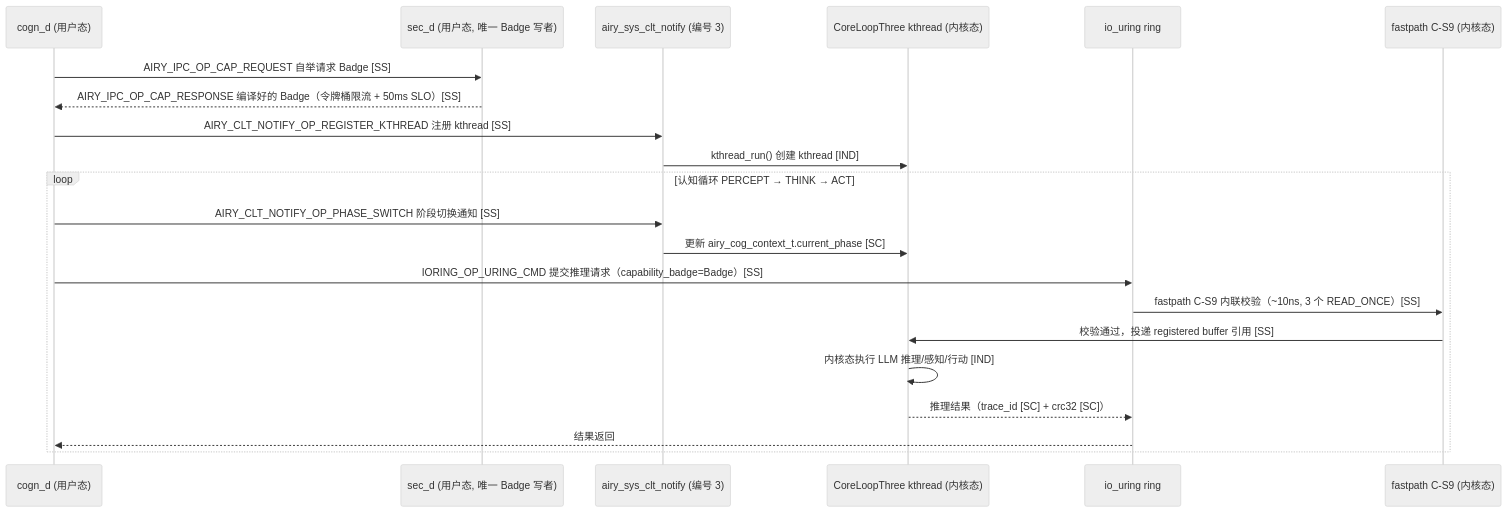
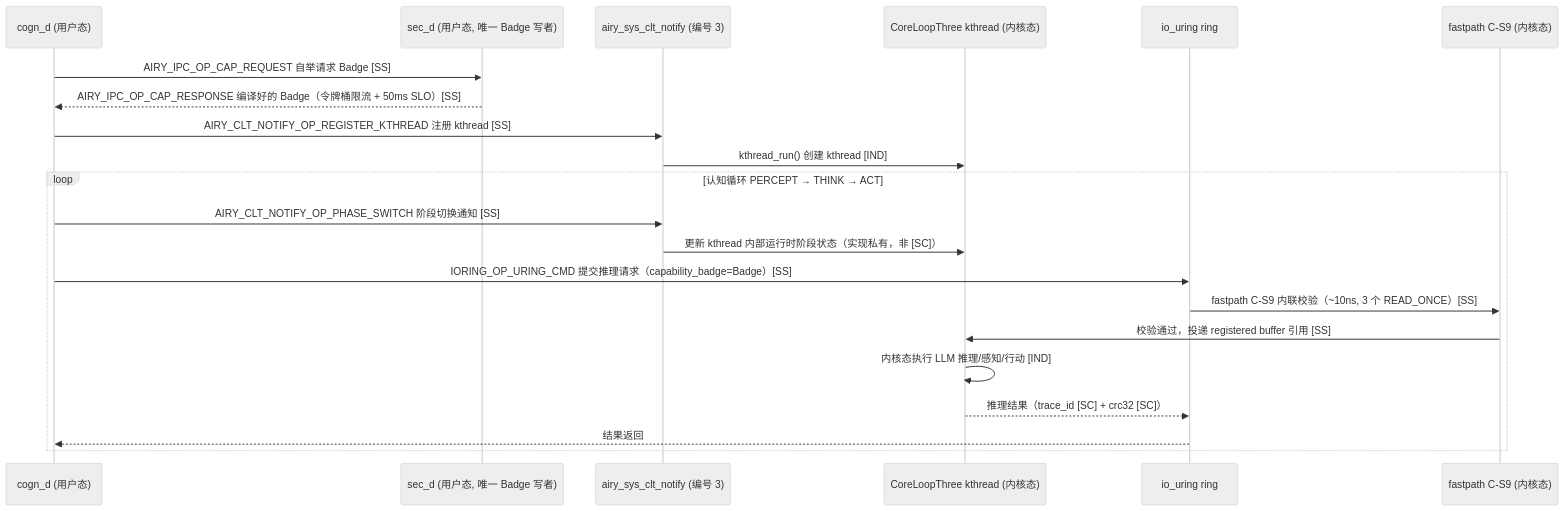
The second of 3 diagrams in 20-modules/05-cognition.md (openairymax/docs-linux), drawn with Mermaid (neutral theme) before and after one commit. The commit also changed other lines of this file and 50 other files, not shown here.

````diff
--- a/20-modules/05-cognition.md
+++ b/20-modules/05-cognition.md
@@ -459,27 +449,27 @@
 ```mermaid
 sequenceDiagram
     participant COGN as cogn_d (用户态)
     participant SECD as sec_d (用户态, 唯一 Badge 写者)
     participant SYSCALL as airy_sys_clt_notify (编号 3)
     participant KTHREAD as CoreLoopThree kthread (内核态)
     participant IPC as io_uring ring
     participant CS9 as fastpath C-S9 (内核态)
 
     COGN->>SECD: AIRY_IPC_OP_CAP_REQUEST 自举请求 Badge [SS]
     SECD-->>COGN: AIRY_IPC_OP_CAP_RESPONSE 编译好的 Badge（令牌桶限流 + 50ms SLO）[SS]
 
     COGN->>SYSCALL: AIRY_CLT_NOTIFY_OP_REGISTER_KTHREAD 注册 kthread [SS]
     SYSCALL->>KTHREAD: kthread_run() 创建 kthread [IND]
 
     loop 认知循环 PERCEPT → THINK → ACT
         COGN->>SYSCALL: AIRY_CLT_NOTIFY_OP_PHASE_SWITCH 阶段切换通知 [SS]
-        SYSCALL->>KTHREAD: 更新 airy_cog_context_t.current_phase [SC]
+        SYSCALL->>KTHREAD: 更新 kthread 内部运行时阶段状态（实现私有，非 [SC]）
 
         COGN->>IPC: IORING_OP_URING_CMD 提交推理请求（capability_badge=Badge）[SS]
         IPC->>CS9: fastpath C-S9 内联校验（~10ns, 3 个 READ_ONCE）[SS]
         CS9->>KTHREAD: 校验通过，投递 registered buffer 引用 [SS]
         KTHREAD->>KTHREAD: 内核态执行 LLM 推理/感知/行动 [IND]
         KTHREAD-->>IPC: 推理结果（trace_id [SC] + crc32 [SC]）
         IPC-->>COGN: 结果返回
     end
 ```
````
